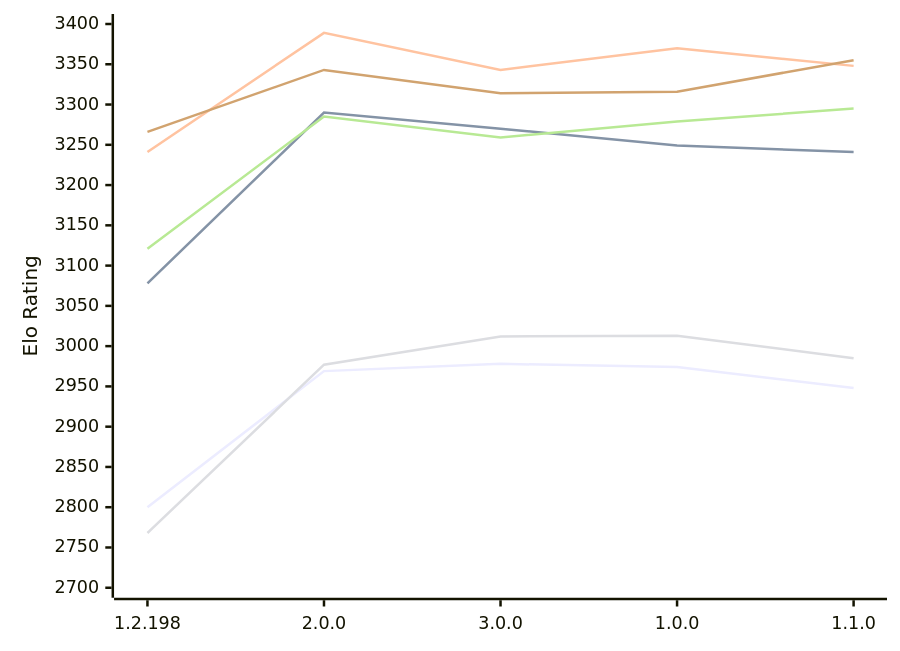
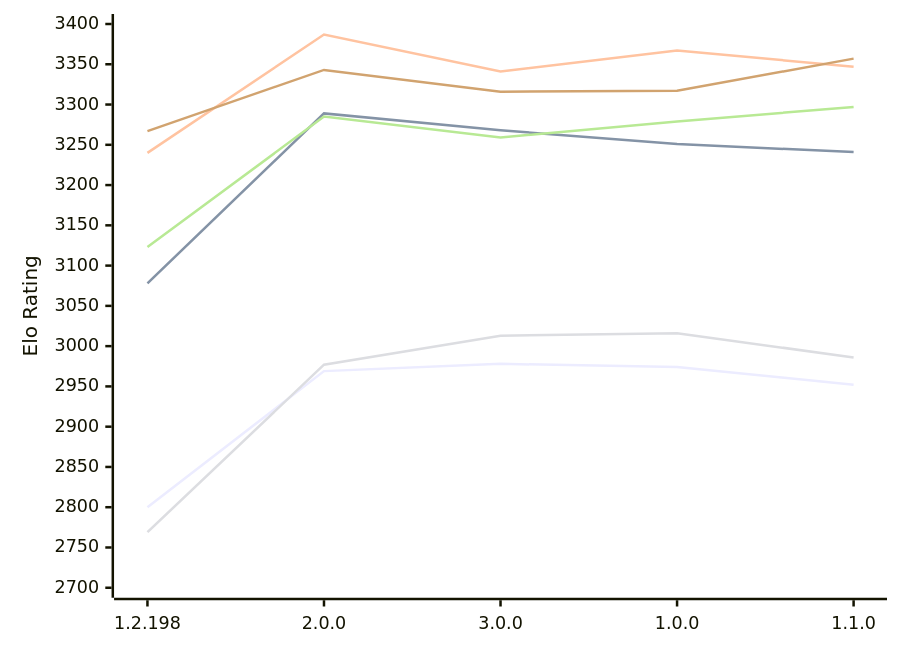
One commit to computer-chess-index/cci changed the diagram in engines/Trebuchet.md. Above: the diagram before and after it, drawn with Mermaid. The commit also changed other lines of this file, not shown here.

Commit message:
Update CCI Ratings (ELO VLTC) - 2026-11-28

````diff
--- a/engines/Trebuchet.md
+++ b/engines/Trebuchet.md
@@ -55,12 +55,12 @@
 ```mermaid
 %%{init: {"theme":"base","themeVariables":{"seriesColors:['#a3a3a3','#222221','#faa371']}}}%%
 xychart-beta
   x-axis ["1.2.198", "2.0.0", "3.0.0", "1.0.0", "1.1.0"]
   y-axis "Elo Rating" 2700 --> 3400
-  line "E1: STC (8.0+0.08s)" [2800, 2969, 2978, 2974, 2948]
-  line "E1: LTC (60.0+0.60s)" [3078, 3290, 3270, 3249, 3241]
-  line "E1: VLTC (2m24s+1.12s)" [3241, 3389, 3343, 3370, 3348]
-  line "P1: STC (8.0+0.08s)" [2768, 2977, 3012, 3013, 2985]
-  line "P1: LTC (60.0+0.60s)" [3121, 3285, 3259, 3279, 3295]
-  line "P1: VLTC (2m24s+1.12s)" [3266, 3343, 3314, 3316, 3355]
+  line "E1: STC (8.0+0.08s)" [2800, 2969, 2978, 2974, 2952]
+  line "E1: LTC (60.0+0.60s)" [3078, 3289, 3268, 3251, 3241]
+  line "E1: VLTC (2m24s+1.12s)" [3240, 3387, 3341, 3367, 3347]
+  line "P1: STC (8.0+0.08s)" [2769, 2977, 3013, 3016, 2986]
+  line "P1: LTC (60.0+0.60s)" [3123, 3285, 3259, 3279, 3297]
+  line "P1: VLTC (2m24s+1.12s)" [3267, 3343, 3316, 3317, 3357]
 ```
````
